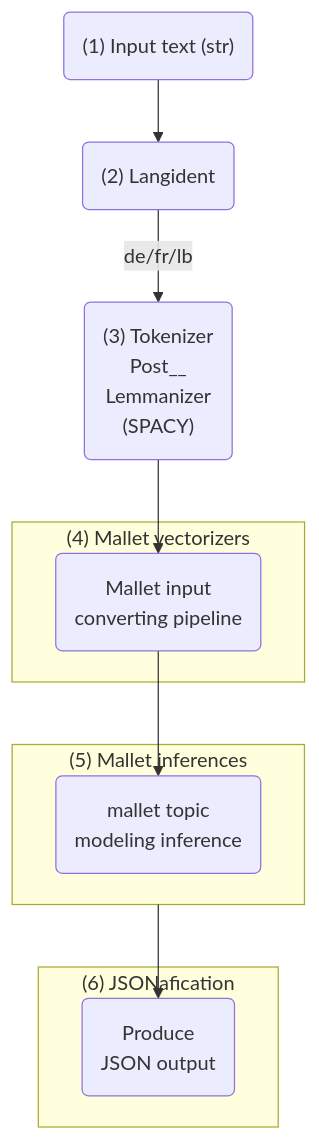
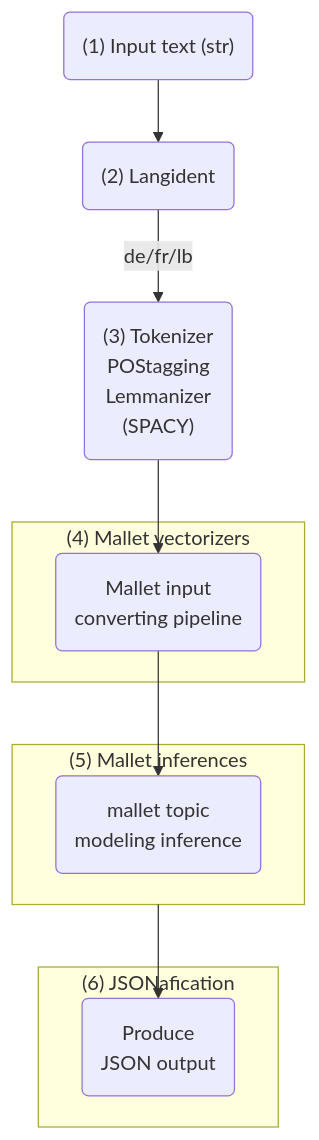
One commit to impresso/impresso-pipelines changed the diagram in README.md. Above: the diagram before and after it, drawn with Mermaid.

````diff
--- a/README.md
+++ b/README.md
@@ -77,26 +77,26 @@
 ```mermaid
 flowchart TD
  subgraph s1["(4) Mallet vectorizers"]
         n3["Mallet input<br>converting pipeline"]
   end
  subgraph s2["(5) Mallet inferences"]
         n5["mallet topic <br>modeling inference"]
   end
  subgraph s3["(6) JSONafication"]
         n6["Produce <br>JSON output"]
   end
     A["(1) Input text (str)"] --> n1["(2) Langident"]
-    n1 -- de/fr/lb --> n2["(3) Tokenizer<br>Post__<br>Lemmanizer<br>(SPACY)"]
+    n1 -- de/fr/lb --> n2["(3) Tokenizer<br>POStagging<br>Lemmanizer<br>(SPACY)"]
     n2 --> n3
     n3 --> n5
     s2 --> n6
 
     n3@{ shape: rounded}
     n5@{ shape: rounded}
     n6@{ shape: rounded}
     A@{ shape: rounded}
     n1@{ shape: rounded}
     n2@{ shape: rounded}
 
 
 ```
````
